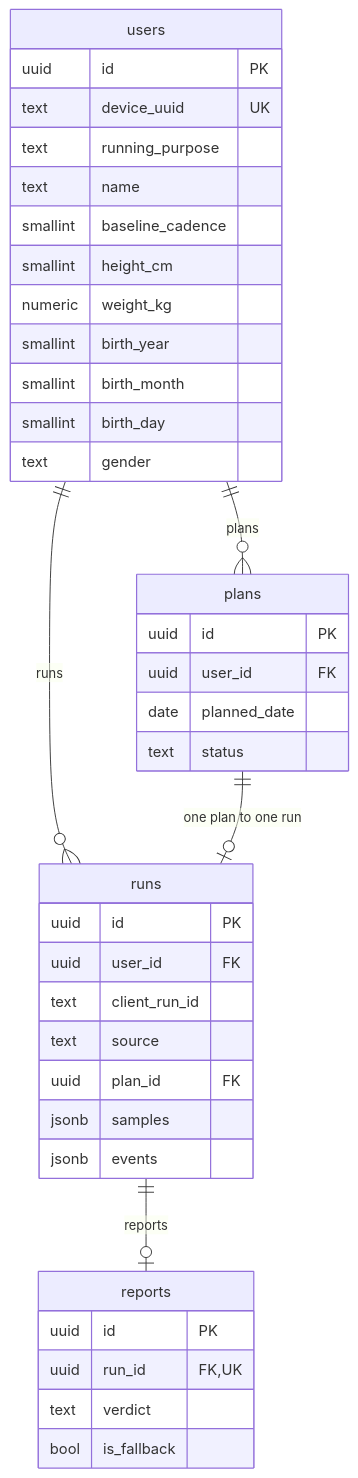
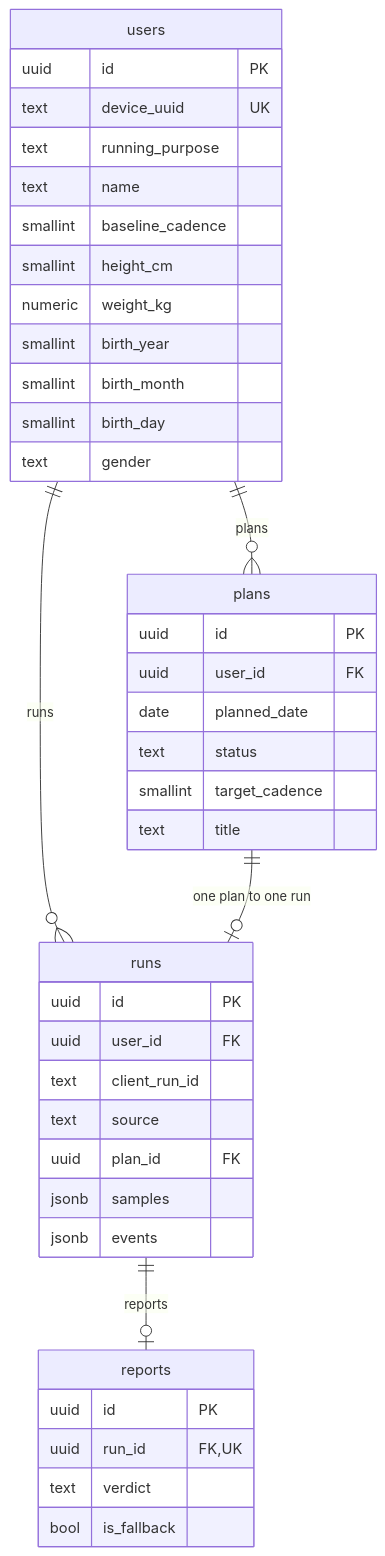
The diagram in docs/ERD.md (Gonu19/Dalli), drawn with Mermaid before and after one commit. The commit also changed other lines of this file and 13 other files, not shown here.

````diff
--- a/docs/ERD.md
+++ b/docs/ERD.md
@@ -7,42 +7,44 @@
 ```mermaid
 erDiagram
     users ||--o{ runs : "runs"
     users ||--o{ plans : "plans"
     runs  ||--o| reports : "reports"
     plans ||--o| runs : "one plan to one run"
 
     users {
         uuid id PK
         text device_uuid UK
         text running_purpose
         text name
         smallint baseline_cadence
         smallint height_cm
         numeric weight_kg
         smallint birth_year
         smallint birth_month
         smallint birth_day
         text gender
     }
     runs {
         uuid id PK
         uuid user_id FK
         text client_run_id
         text source
         uuid plan_id FK
         jsonb samples
         jsonb events
     }
     reports {
         uuid id PK
         uuid run_id FK,UK
         text verdict
         bool is_fallback
     }
     plans {
         uuid id PK
         uuid user_id FK
         date planned_date
         text status
+        smallint target_cadence
+        text title
     }
 ```
````
